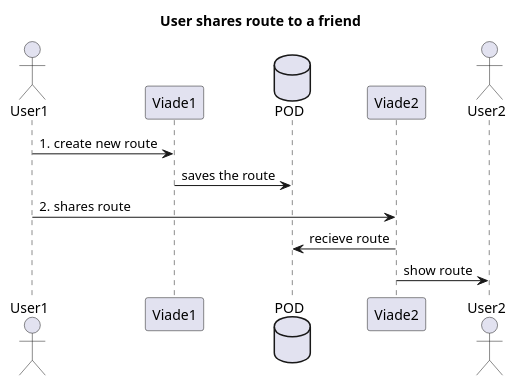
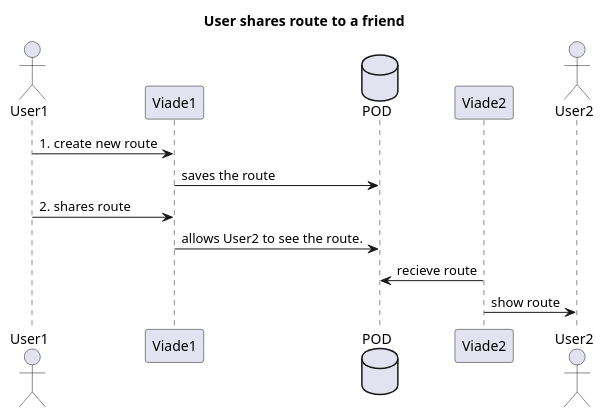
One commit to flecktarn121/viade_es2c changed the third of 4 diagrams in src/docs/06_runtime_view.adoc. Above: the diagram before and after it, drawn with PlantUML.

Commit message:
Diagram corrected
I have corrected the sharing route diagram.

```diff
--- a/src/docs/06_runtime_view.adoc
+++ b/src/docs/06_runtime_view.adoc
@@ -68,14 +68,15 @@
 [plantuml,"Routes share 1 secuence diagram",png]
 ----
 title User shares route to a friend
 actor User1
 participant Viade1
 database POD
 participant Viade2
 actor User2
 User1 -> Viade1: 1. create new route
 Viade1 -> POD: saves the route
-User1 -> Viade2: 2. shares route
+User1 -> Viade1: 2. shares route
+Viade1 -> POD: allows User2 to see the route.
 Viade2 -> POD: recieve route
 Viade2 -> User2: show route
 ----
```
